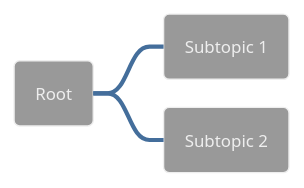
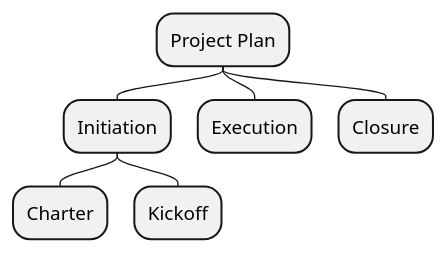
One commit to hgrabows/diagrammer-skills changed the eighth of 9 diagrams in skills/diagrammer/specs/plantuml/plantuml_mindmap.md. Above: the diagram before and after it, drawn with PlantUML. The commit also changed other lines of this file and 127 other files, not shown here.

First line of the commit message:
feat: audit all specs, add example gallery, fix PlantUML and Gantt rendering

````diff
--- a/skills/diagrammer/specs/plantuml/plantuml_mindmap.md
+++ b/skills/diagrammer/specs/plantuml/plantuml_mindmap.md
@@ -141,8 +167,11 @@
 ```plantuml
 @startmindmap
-!theme spacelab
-* Root
-** Subtopic 1
-** Subtopic 2
+top to bottom direction
+* Project Plan
+** Initiation
+*** Charter
+*** Kickoff
+** Execution
+** Closure
 @endmindmap
 ```
````
